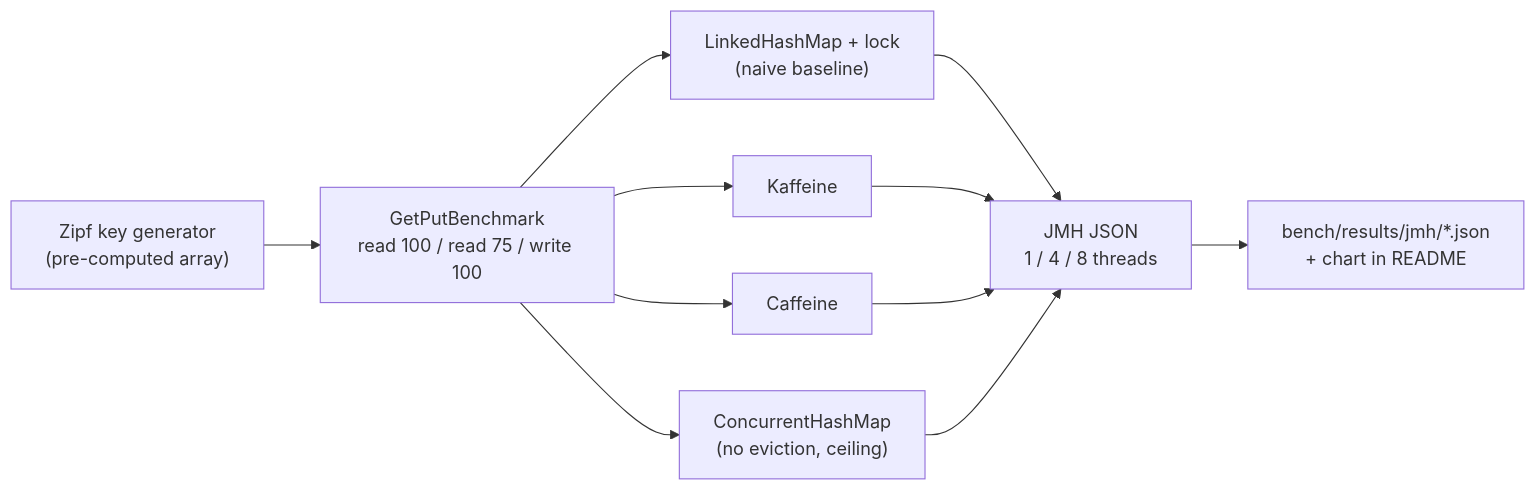
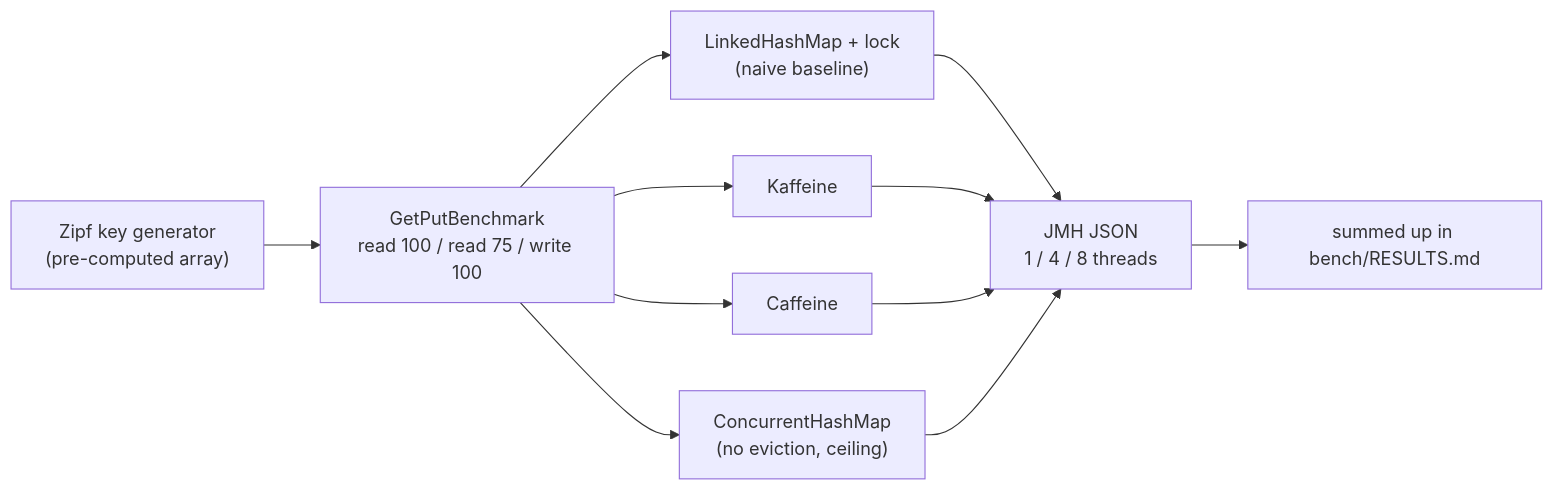
Before and after one commit to shashankpatil-dev/kaffeine: diagram 13 of 14 in docs/HLD.md, drawn with Mermaid. The commit also changed other lines of this file and 2 other files, not shown here.

Commit message:
Point design docs at the single results file

````diff
--- a/docs/HLD.md
+++ b/docs/HLD.md
@@ -338,10 +338,10 @@
 ```mermaid
 flowchart LR
     Z["Zipf key generator<br/>(pre-computed array)"] --> B["GetPutBenchmark<br/>read 100 / read 75 / write 100"]
     B --> C1["LinkedHashMap + lock<br/>(naive baseline)"]
     B --> C2["Kaffeine"]
     B --> C3["Caffeine"]
     B --> C4["ConcurrentHashMap<br/>(no eviction, ceiling)"]
     C1 & C2 & C3 & C4 --> J["JMH JSON<br/>1 / 4 / 8 threads"]
-    J --> R["bench/results/jmh/*.json<br/>+ chart in README"]
+    J --> R["summed up in bench/RESULTS.md"]
 ```
````
